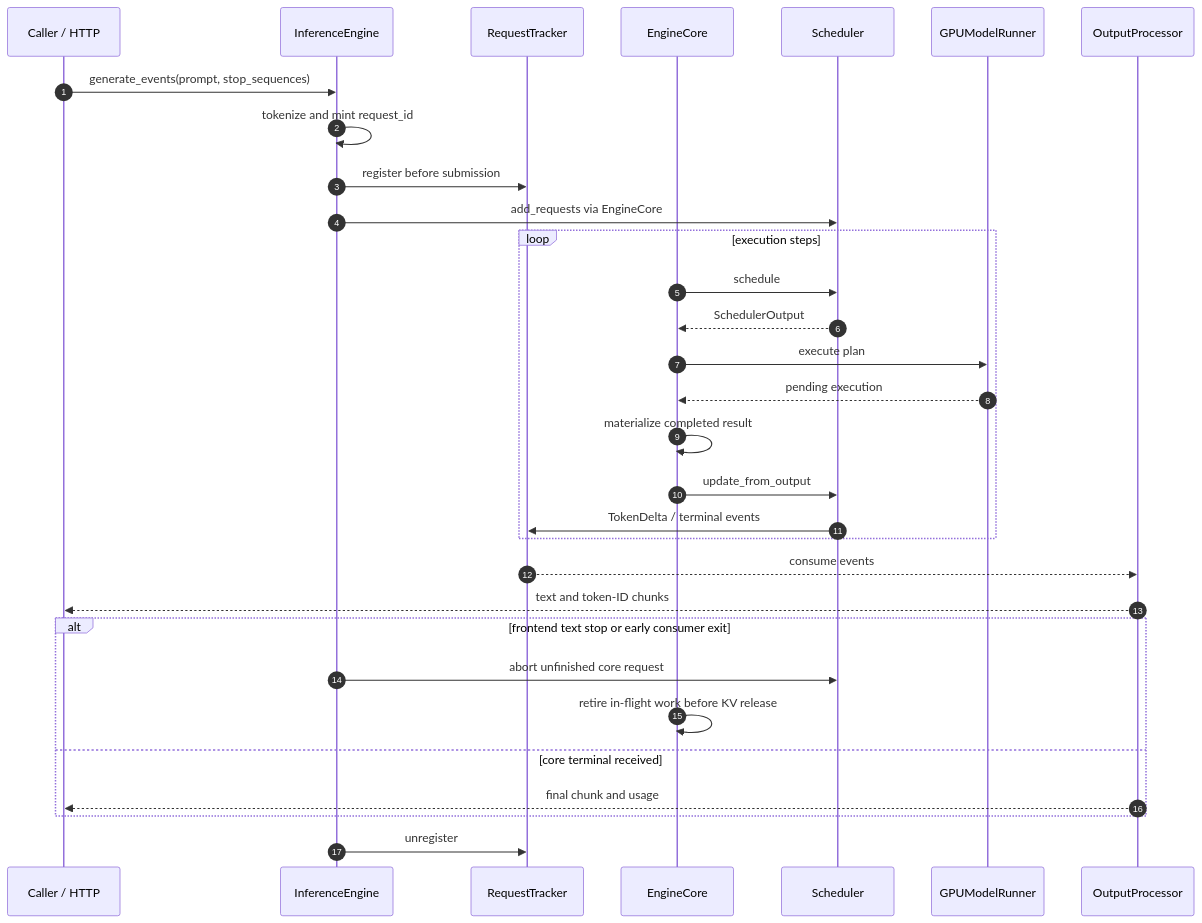
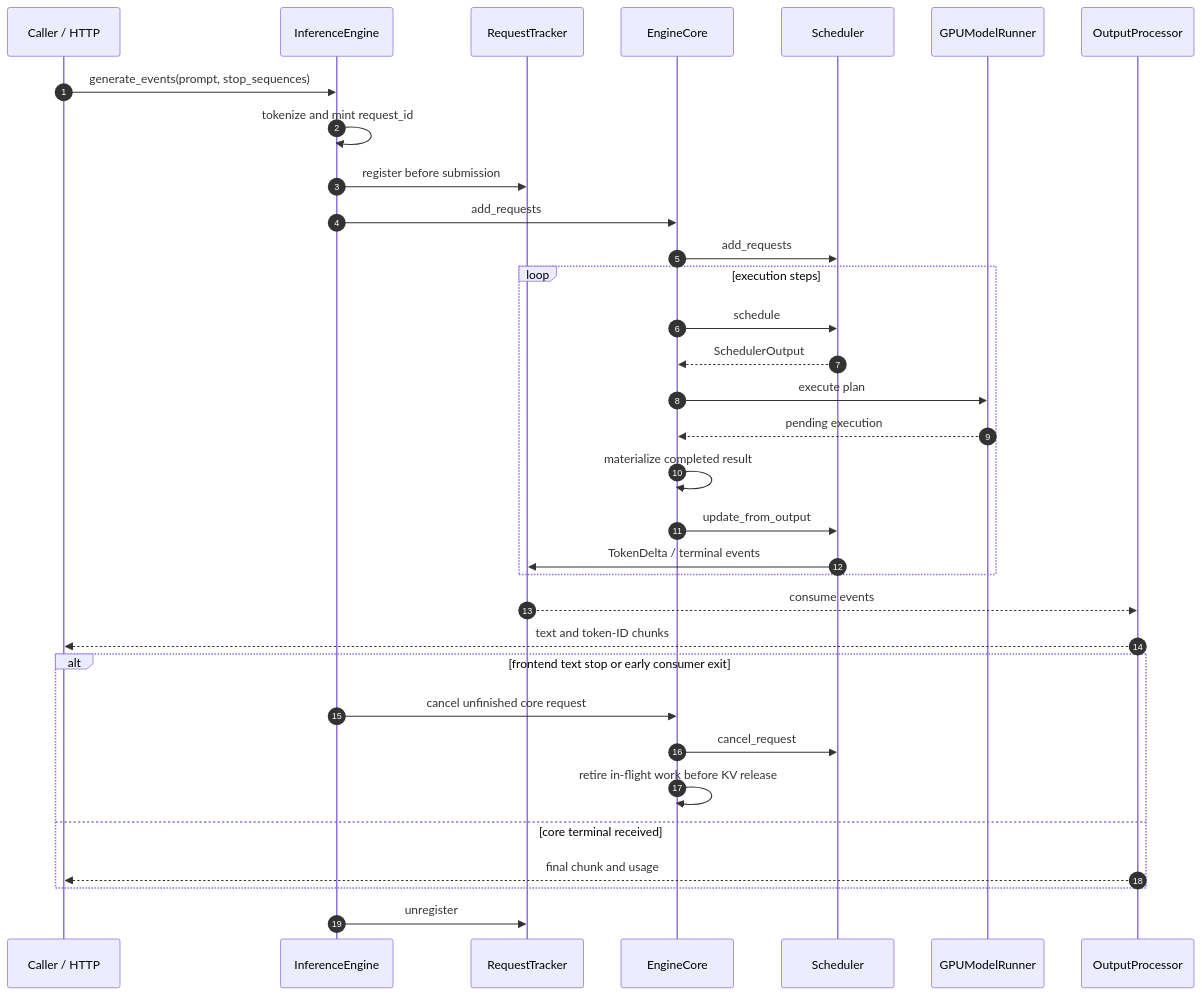
Before and after one commit to ViperEkura/AstrAI: the diagram in docs/developer/inference/events.md, drawn with Mermaid. The commit also changed 17 other files, not shown here.

First line of the commit message:
docs: align architecture and runtime contracts

````diff
--- a/docs/developer/inference/events.md
+++ b/docs/developer/inference/events.md
@@ -9,34 +9,36 @@
 ```mermaid
 sequenceDiagram
     autonumber
     participant C as Caller / HTTP
     participant E as InferenceEngine
     participant T as RequestTracker
     participant D as EngineCore
     participant S as Scheduler
     participant W as GPUModelRunner
     participant O as OutputProcessor
 
     C->>E: generate_events(prompt, stop_sequences)
     E->>E: tokenize and mint request_id
     E->>T: register before submission
-    E->>S: add_requests via EngineCore
+    E->>D: add_requests
+    D->>S: add_requests
     loop execution steps
         D->>S: schedule
         S-->>D: SchedulerOutput
         D->>W: execute plan
         W-->>D: pending execution
         D->>D: materialize completed result
         D->>S: update_from_output
         S->>T: TokenDelta / terminal events
     end
     T-->>O: consume events
     O-->>C: text and token-ID chunks
     alt frontend text stop or early consumer exit
-        E->>S: abort unfinished core request
+        E->>D: cancel unfinished core request
+        D->>S: cancel_request
         D->>D: retire in-flight work before KV release
     else core terminal received
         O-->>C: final chunk and usage
     end
     E->>T: unregister
 ```
````
